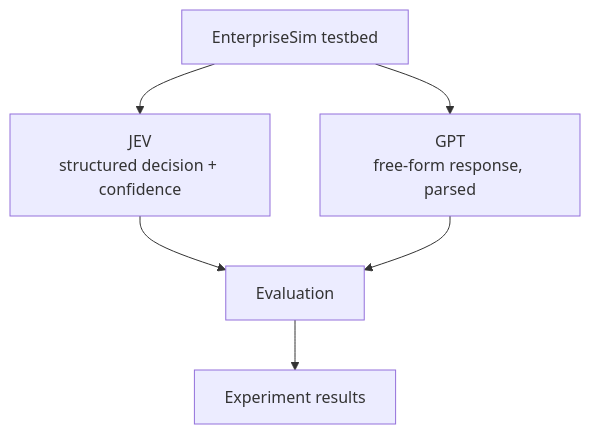
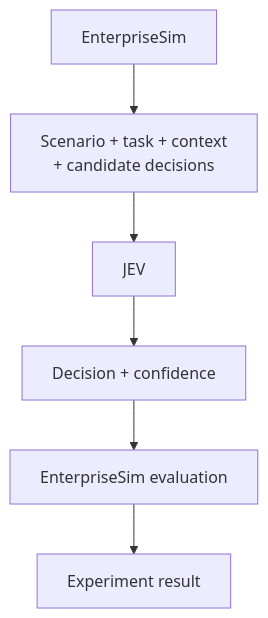
Before and after one commit to aswinjames/EnterpriseSim: the third of 7 diagrams in README.md, drawn with Mermaid. The commit also changed other lines of this file, not shown here.

First line of the commit message:
Lead the README with the decision-testbed positioning

````diff
--- a/README.md
+++ b/README.md
@@ -109,8 +51,8 @@
 ```mermaid
 flowchart TD
-    ES[EnterpriseSim testbed] --> JEV["JEV<br/>structured decision + confidence"]
-    ES --> GPT["GPT<br/>free-form response, parsed"]
-    JEV --> EV[Evaluation]
-    GPT --> EV
-    EV --> R[Experiment results]
+    ES[EnterpriseSim] --> SC["Scenario + task + context<br/>+ candidate decisions"]
+    SC --> JEV[JEV]
+    JEV --> DC["Decision + confidence"]
+    DC --> EV[EnterpriseSim evaluation]
+    EV --> R[Experiment result]
 ```
````
